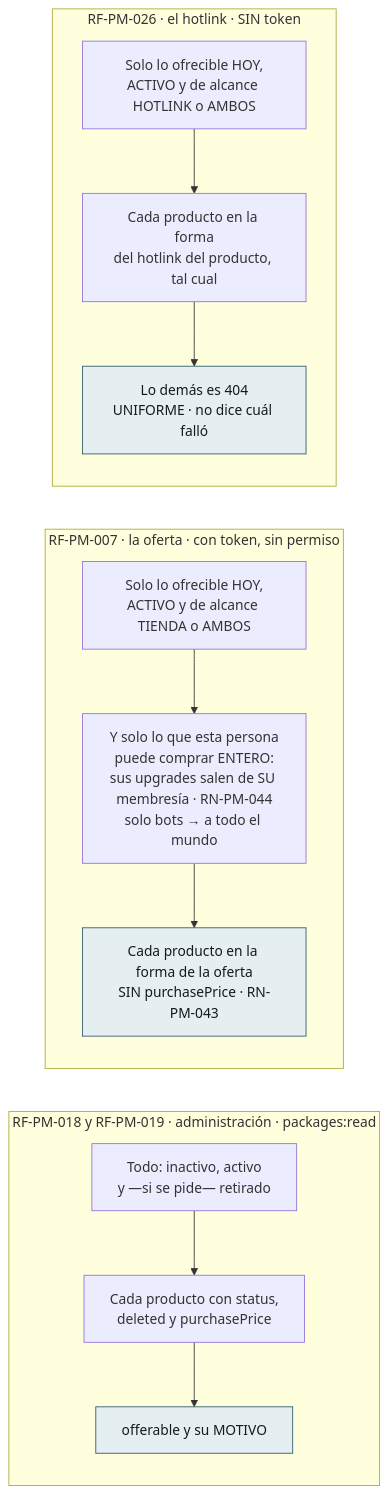
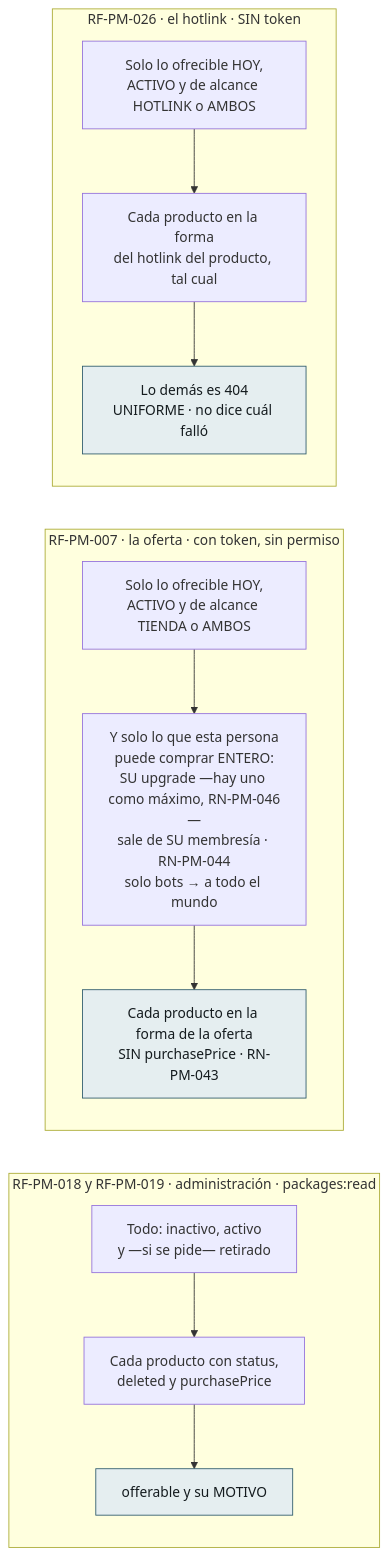
One commit to NexusPro-Dev/backend changed the seventh of 8 diagrams in docs/flujos/pm/flujos-del-modulo.md. Above: the diagram before and after it, drawn with Mermaid. The commit also changed other lines of this file and 22 other files, not shown here.

````diff
--- a/docs/flujos/pm/flujos-del-modulo.md
+++ b/docs/flujos/pm/flujos-del-modulo.md
@@ -226,20 +226,20 @@
 ```mermaid
 flowchart LR
     subgraph ADM["RF-PM-018 y RF-PM-019 · administración · packages:read"]
         A1["Todo: inactivo, activo<br/>y —si se pide— retirado"] --> A2["Cada producto con status,<br/>deleted y purchasePrice"]
         A2 --> A3["offerable y su MOTIVO"]
     end
 
     subgraph OF["RF-PM-007 · la oferta · con token, sin permiso"]
-        B1["Solo lo ofrecible HOY,<br/>ACTIVO y de alcance TIENDA o AMBOS"] --> B2["Y solo lo que esta persona<br/>puede comprar ENTERO:<br/>sus upgrades salen de SU membresía · RN-PM-044<br/>solo bots → a todo el mundo"]
+        B1["Solo lo ofrecible HOY,<br/>ACTIVO y de alcance TIENDA o AMBOS"] --> B2["Y solo lo que esta persona<br/>puede comprar ENTERO:<br/>SU upgrade —hay uno como máximo, RN-PM-046—<br/>sale de SU membresía · RN-PM-044<br/>solo bots → a todo el mundo"]
         B2 --> B3["Cada producto en la forma de la oferta<br/>SIN purchasePrice · RN-PM-043"]
     end
 
     subgraph HL["RF-PM-026 · el hotlink · SIN token"]
         C1["Solo lo ofrecible HOY,<br/>ACTIVO y de alcance HOTLINK o AMBOS"] --> C2["Cada producto en la forma<br/>del hotlink del producto, tal cual"]
         C2 --> C3["Lo demás es 404<br/>UNIFORME · no dice cuál falló"]
     end
 
     classDef ok fill:#E5EEF0,stroke:#2D5A6B,color:#141B1E
     class A3,B3,C3 ok
 ```
````
